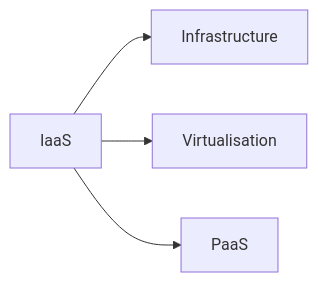
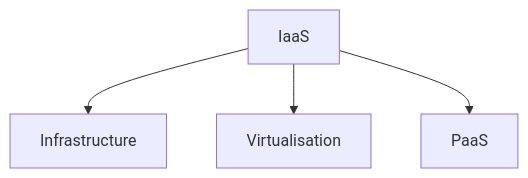
One commit to zyrass/omnydocs changed diagram 16 of 31 in docs/glossaire/cloud-computing.md. Above: the diagram before and after it, drawn with Mermaid. The commit also changed other lines of this file and 1780 other files, not shown here.

````diff
--- a/docs/glossaire/cloud-computing.md
+++ b/docs/glossaire/cloud-computing.md
@@ -325,6 +391,6 @@
-    ```mermaid
-    graph LR
-        A[IaaS] --> B[Infrastructure]
-        A --> C[Virtualisation]
-        A --> D[PaaS]
-    ```
+```mermaid
+graph TB
+    A[IaaS] --> B[Infrastructure]
+    A --> C[Virtualisation]
+    A --> D[PaaS]
+```
````
